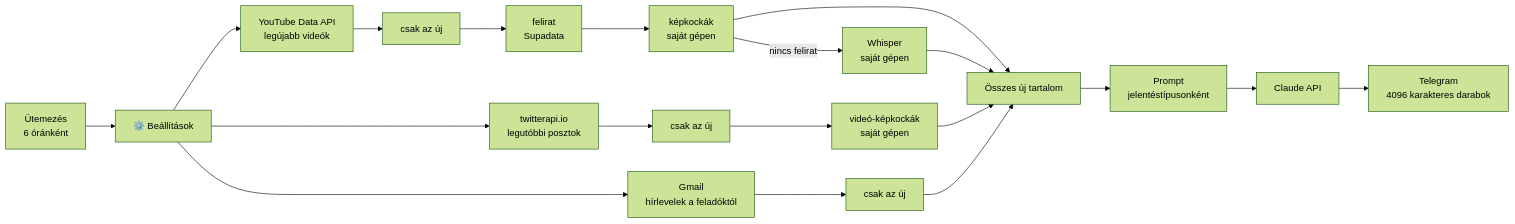
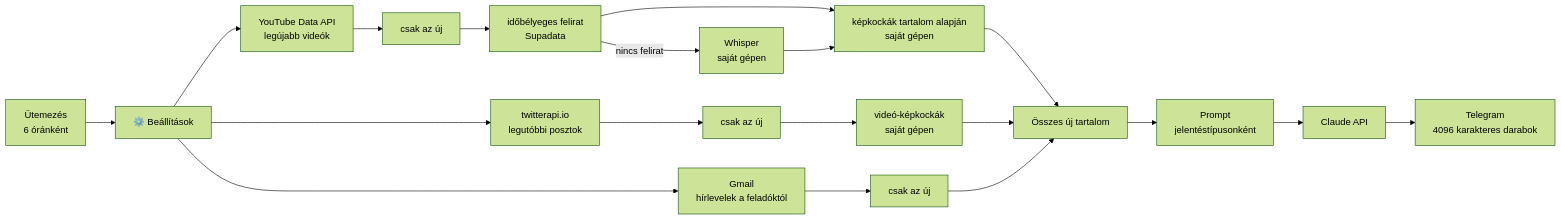
Before and after one commit to Jhanee01/n8n-content-digest: the diagram in README.hu.md, drawn with Mermaid (forest theme). The commit also changed other lines of this file and 6 other files, not shown here.

````diff
--- a/README.hu.md
+++ b/README.hu.md
@@ -26,16 +26,17 @@
 ```mermaid
 flowchart LR
     T[Ütemezés<br/>6 óránként] --> C[⚙️ Beállítások]
     C --> YT[YouTube Data API<br/>legújabb videók]
     C --> X[twitterapi.io<br/>legutóbbi posztok]
     C --> M[Gmail<br/>hírlevelek a feladóktól]
-    YT --> D1[csak az új] --> S[felirat<br/>Supadata] --> F1[képkockák<br/>saját gépen]
-    F1 -->|nincs felirat| W[Whisper<br/>saját gépen]
+    YT --> D1[csak az új] --> S[időbélyeges felirat<br/>Supadata]
+    S -->|nincs felirat| W[Whisper<br/>saját gépen]
+    S --> F1[képkockák tartalom alapján<br/>saját gépen]
+    W --> F1
     X --> D2[csak az új] --> F2[videó-képkockák<br/>saját gépen]
     M --> D3[csak az új]
     F1 --> MG[Összes új tartalom]
-    W --> MG
     F2 --> MG
     D3 --> MG
     MG --> P[Prompt<br/>jelentéstípusonként] --> AI[Claude API] --> TG[Telegram<br/>4096 karakteres darabok]
 ```
````
